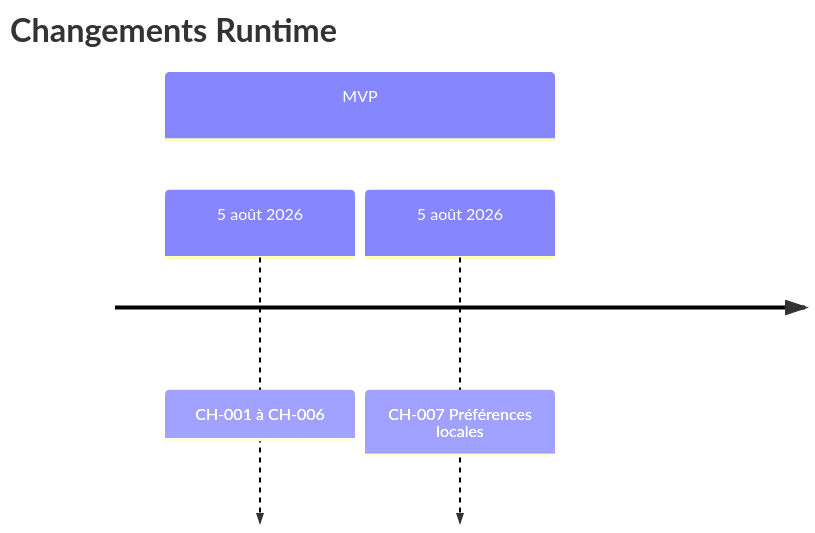
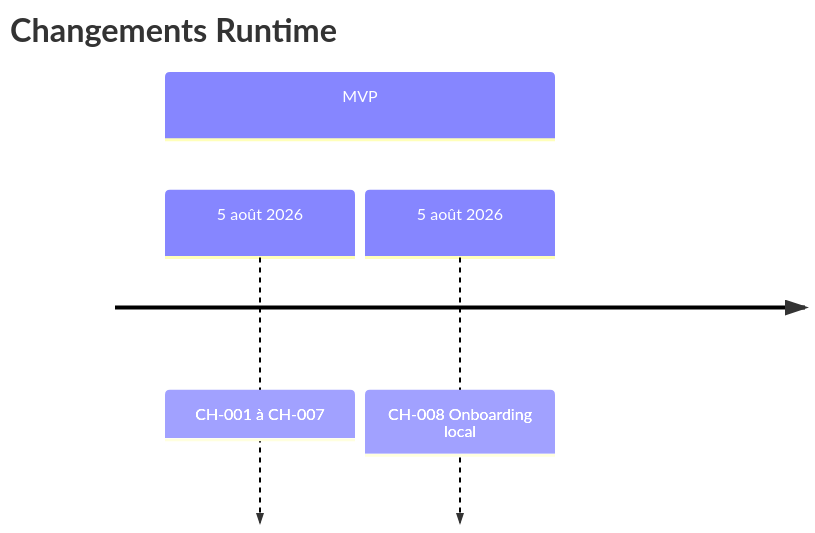
Before and after one commit to JavaChrist/Tai-Chi-AI-Coach: the diagram in docs/runtime/17_CHANGE_HISTORY.md, drawn with Mermaid. The commit also changed other lines of this file and 39 other files, not shown here.

First line of the commit message:
feat(onboarding): add local guided onboarding flow

````diff
--- a/docs/runtime/17_CHANGE_HISTORY.md
+++ b/docs/runtime/17_CHANGE_HISTORY.md
@@ -42,7 +43,7 @@
 ```mermaid
 timeline
   title Changements Runtime
   section MVP
-    5 août 2026 : CH-001 à CH-006
-    5 août 2026 : CH-007 Préférences locales
+    5 août 2026 : CH-001 à CH-007
+    5 août 2026 : CH-008 Onboarding local
 ```
````
